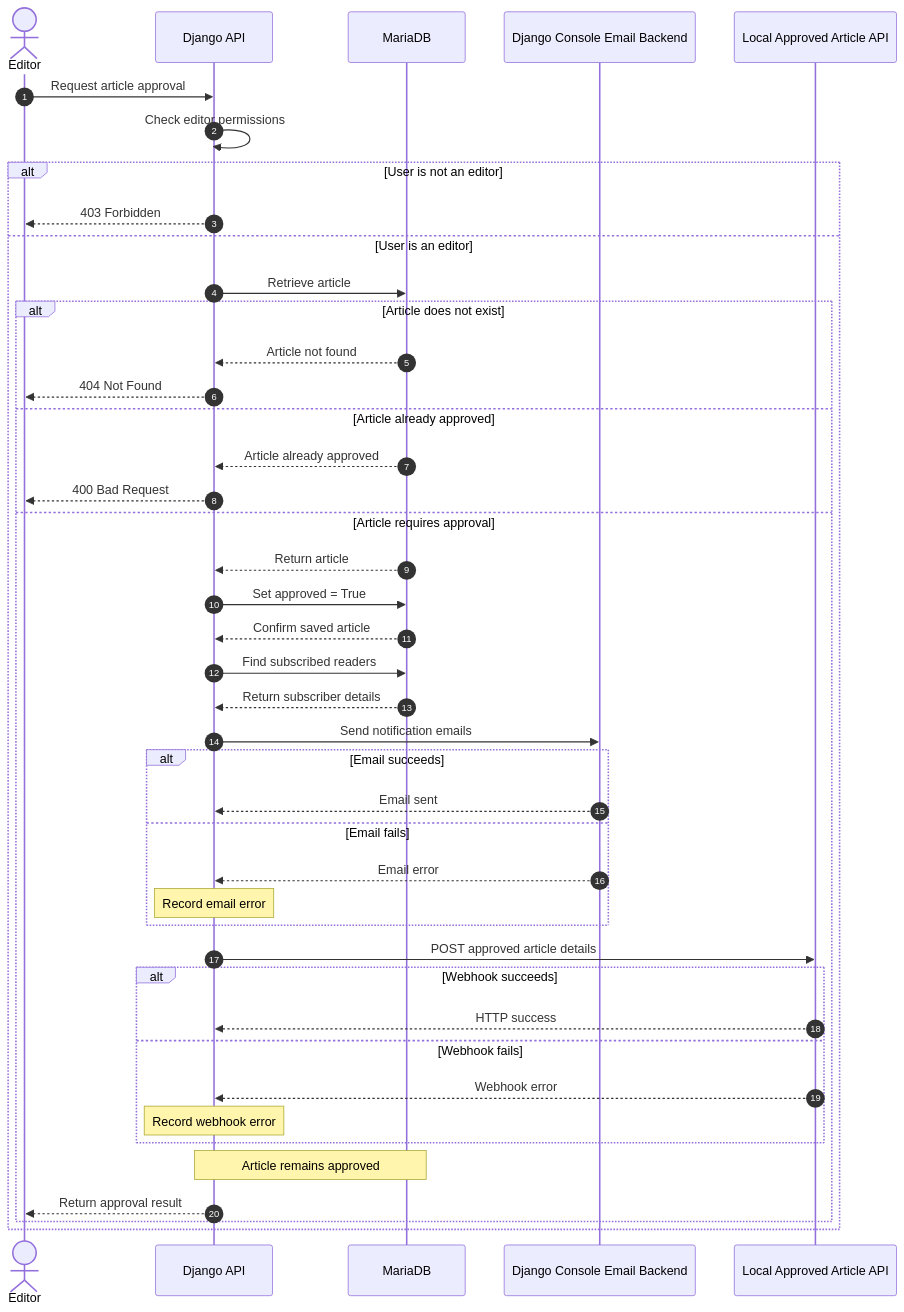
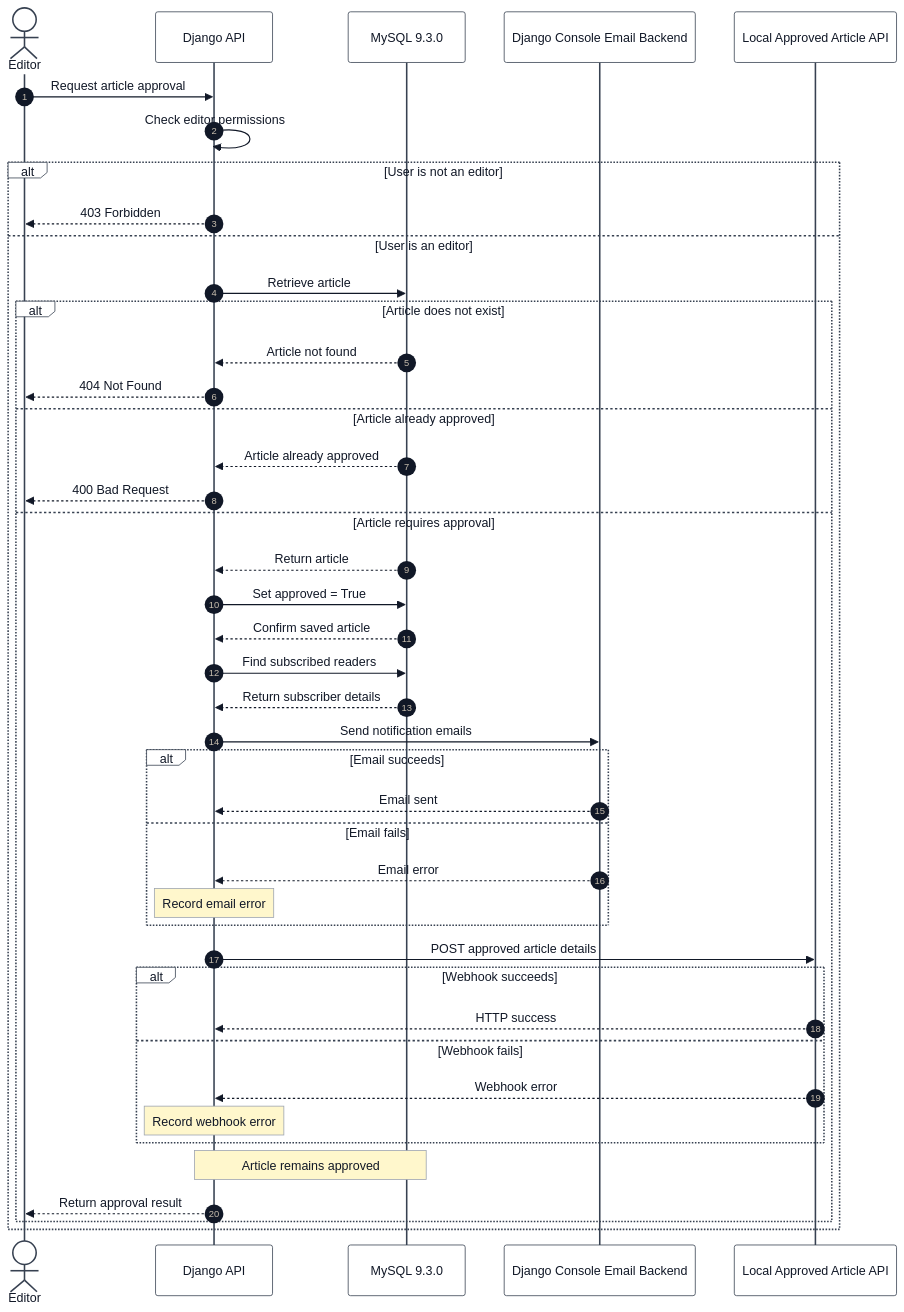
Before and after one commit to Muhali2032/news-application: the second of 3 diagrams in docs/system_design.md, drawn with Mermaid. The commit also changed other lines of this file and 15 other files, not shown here.

````diff
--- a/docs/system_design.md
+++ b/docs/system_design.md
@@ -59,51 +71,53 @@
 ```mermaid
+%%{init: {"theme": "base", "themeVariables": {"primaryColor": "#ffffff", "primaryTextColor": "#111827", "primaryBorderColor": "#374151", "lineColor": "#374151", "secondaryColor": "#f3f4f6", "tertiaryColor": "#ffffff", "actorBkg": "#ffffff", "actorTextColor": "#111827", "actorBorder": "#374151", "signalColor": "#111827", "signalTextColor": "#111827", "noteBkgColor": "#fff7cc", "noteTextColor": "#111827", "noteBorderColor": "#9ca3af", "fontSize": "22px"}}}%%
+
 sequenceDiagram
 autonumber
 actor Editor
 participant API as Django API
-participant DB as MariaDB
+participant DB as MySQL 9.3.0
 participant Email as Django Console Email Backend
 participant Webhook as Local Approved Article API
 
 Editor->>API: Request article approval
 API->>API: Check editor permissions
 
 alt User is not an editor
     API-->>Editor: 403 Forbidden
 else User is an editor
     API->>DB: Retrieve article
 
     alt Article does not exist
         DB-->>API: Article not found
         API-->>Editor: 404 Not Found
     else Article already approved
         DB-->>API: Article already approved
         API-->>Editor: 400 Bad Request
     else Article requires approval
         DB-->>API: Return article
         API->>DB: Set approved = True
         DB-->>API: Confirm saved article
         API->>DB: Find subscribed readers
         DB-->>API: Return subscriber details
 
         API->>Email: Send notification emails
         alt Email succeeds
             Email-->>API: Email sent
         else Email fails
             Email-->>API: Email error
             Note over API: Record email error
         end
 
         API->>Webhook: POST approved article details
         alt Webhook succeeds
             Webhook-->>API: HTTP success
         else Webhook fails
             Webhook-->>API: Webhook error
             Note over API: Record webhook error
         end
 
         Note over API,DB: Article remains approved
         API-->>Editor: Return approval result
     end
 end
 ```
````
